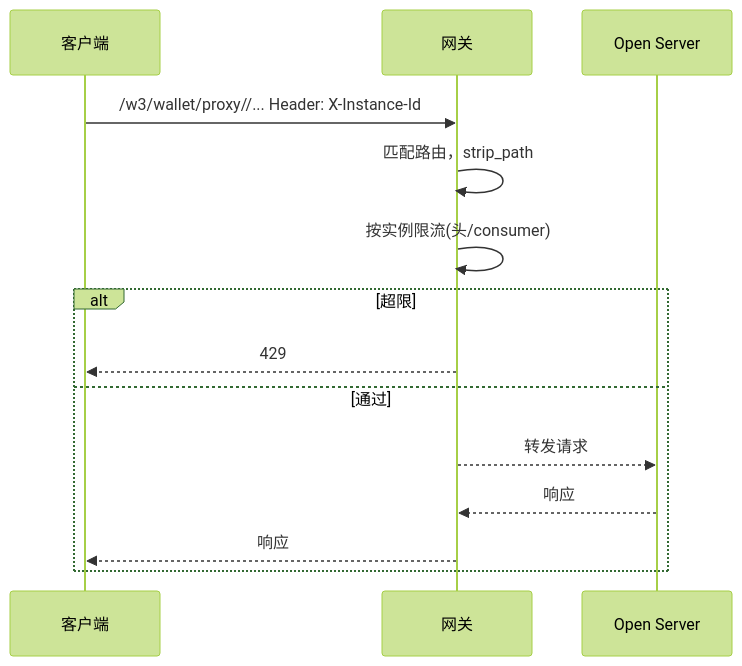
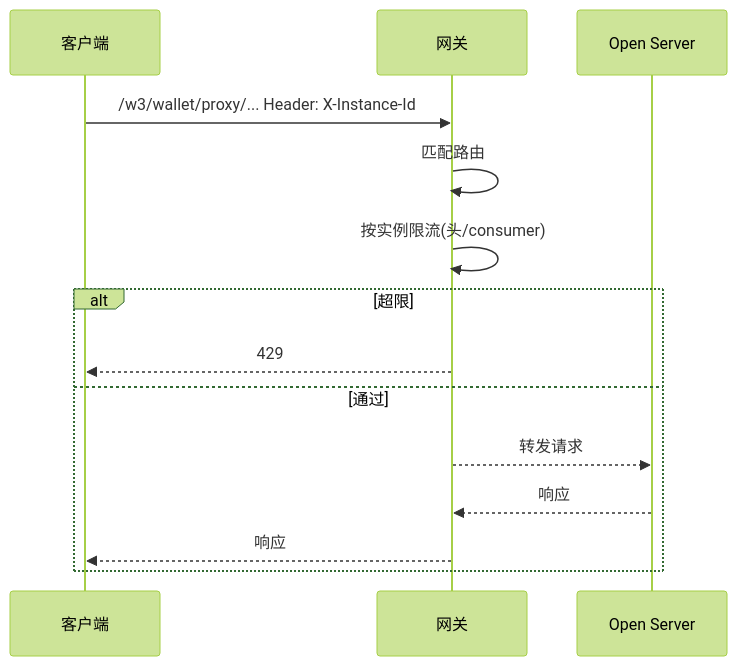
Before and after one commit to yingjianzh/iodraw-files: the diagram in all/未命名-4.md, drawn with Mermaid (forest theme).

Commit message:
2025-10-16 14:23:25 update

````diff
--- a/all/未命名-4.md
+++ b/all/未命名-4.md
@@ -1,17 +1,17 @@
 ```mermaid
 sequenceDiagram
     participant Client as 客户端
     participant Kong as 网关
     participant Open as Open Server
 
-    Client->>Kong: /w3/wallet/proxy//...  Header: X-Instance-Id
-    Kong->>Kong: 匹配路由，strip_path
+    Client->>Kong: /w3/wallet/proxy/...  Header: X-Instance-Id
+    Kong->>Kong: 匹配路由
     Kong->>Kong: 按实例限流(头/consumer)
     alt 超限
       Kong-->>Client: 429
     else 通过
       Kong-->>Open: 转发请求
       Open-->>Kong: 响应
       Kong-->>Client: 响应
     end
 ```
````
